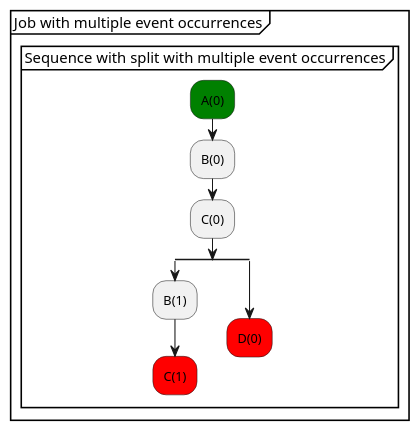
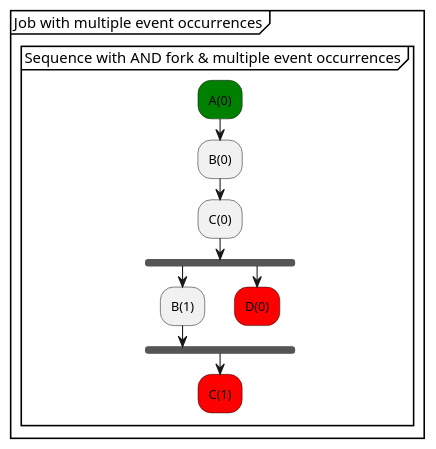
The diagram in models/SequenceVerificationDataCentric/puml/Tutorial_10.puml (xtuml/munin), drawn with PlantUML before and after one commit. The commit also changed 21 other files, not shown here.

```diff
--- a/models/SequenceVerificationDataCentric/puml/Tutorial_10.puml
+++ b/models/SequenceVerificationDataCentric/puml/Tutorial_10.puml
@@ -7,17 +7,16 @@
 @startuml 
 partition "Job with multiple event occurrences" {
-  group "Sequence with split with multiple event occurrences"
+  group "Sequence with AND fork & multiple event occurrences"
       #green:A(0);
       :B(0);
       :C(0);
-      split
+      fork
         :B(1);
-        #red:C(1);
-        detach
-      split again
+      fork again
         #red:D(0);
         detach
-      end split
+      end fork
+      #red:C(1);
   end group
 }
 @enduml
```
